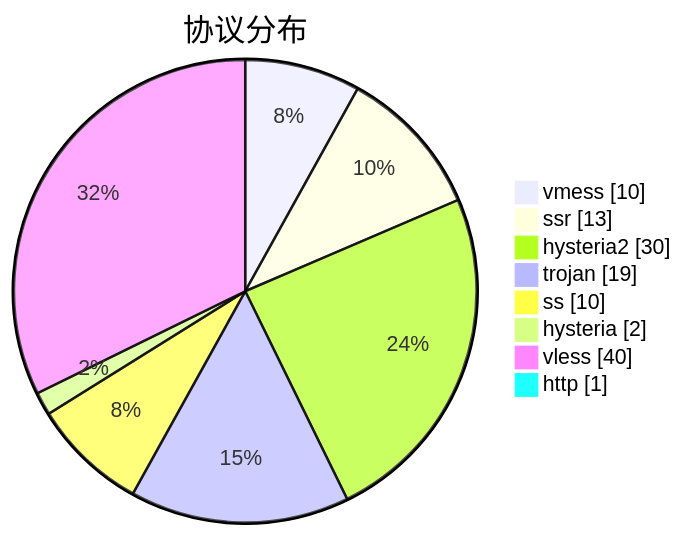
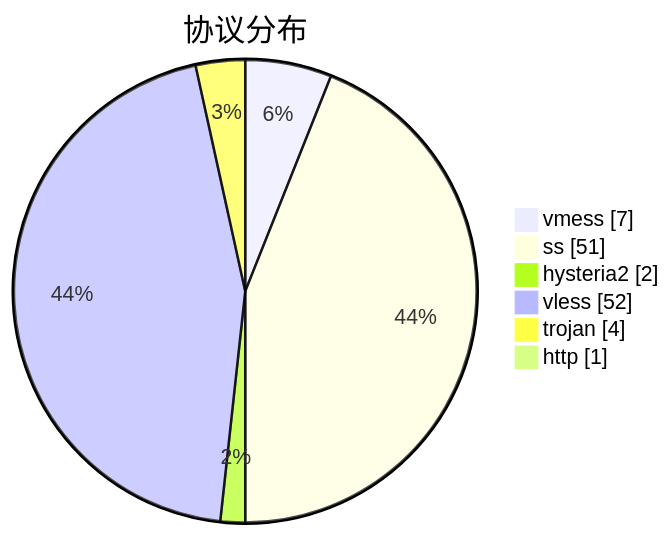
The third of 3 diagrams in subs/statistics/tested_within.md (sinspired/airport), drawn with Mermaid before and after one commit. The commit also changed other lines of this file and 2 other files, not shown here.

````diff
--- a/subs/statistics/tested_within.md
+++ b/subs/statistics/tested_within.md
@@ -32,12 +36,10 @@
 ```mermaid
 pie showData
 title 协议分布
-"vmess" : 10
-"ssr" : 13
-"hysteria2" : 30
-"trojan" : 19
-"ss" : 10
-"hysteria" : 2
-"vless" : 40
+"vmess" : 7
+"ss" : 51
+"hysteria2" : 2
+"vless" : 52
+"trojan" : 4
 "http" : 1
 ```
````
